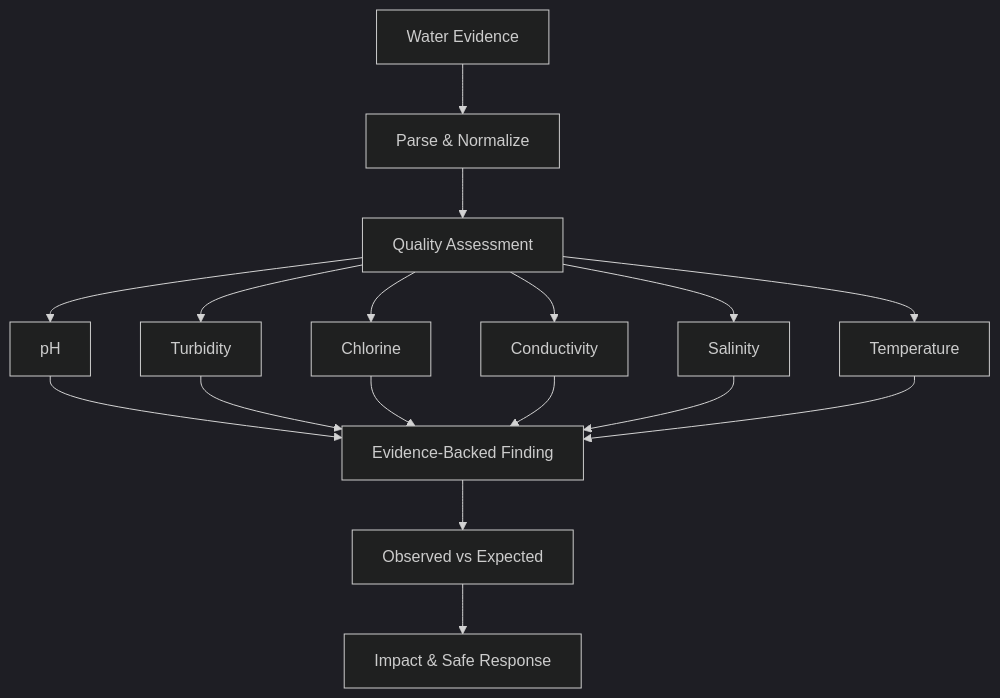
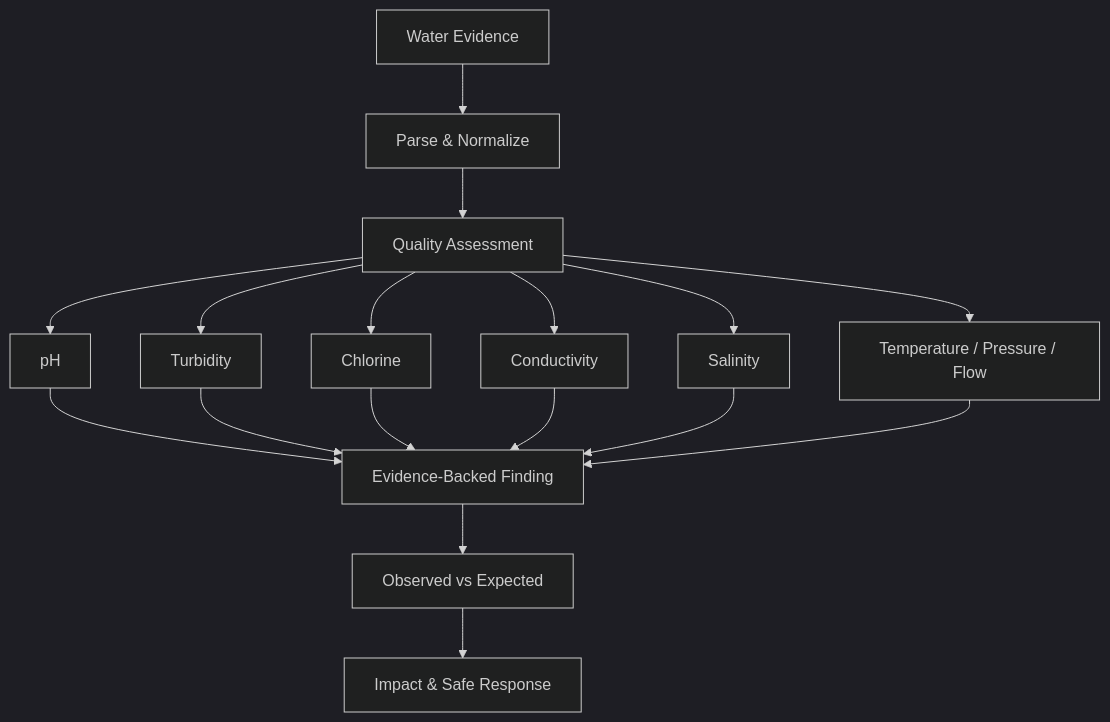
Before and after one commit to HaziqBinAfzal/AquaVigil: the fourth of 8 diagrams in README.md, drawn with Mermaid (dark theme). The commit also changed other lines of this file, not shown here.

````diff
--- a/README.md
+++ b/README.md
@@ -332,37 +276,22 @@
 ```mermaid
 flowchart TB
-    INPUT["Water Evidence"]
-    NORMALIZE["Parse & Normalize"]
-    ASSESS["Quality Assessment"]
+    A["Water Evidence"] --> B["Parse & Normalize"]
+    B --> C["Quality Assessment"]
 
-    PH["pH"]
-    TURB["Turbidity"]
-    CHLORINE["Chlorine"]
-    COND["Conductivity"]
-    SALINITY["Salinity"]
-    TEMP["Temperature"]
+    C --> D["pH"]
+    C --> E["Turbidity"]
+    C --> F["Chlorine"]
+    C --> G["Conductivity"]
+    C --> H["Salinity"]
+    C --> I["Temperature / Pressure / Flow"]
 
-    FINDING["Evidence-Backed Finding"]
-    EXPECTED["Observed vs Expected"]
-    RESPONSE["Impact & Safe Response"]
+    D --> J["Evidence-Backed Finding"]
+    E --> J
+    F --> J
+    G --> J
+    H --> J
+    I --> J
 
-    INPUT --> NORMALIZE
-    NORMALIZE --> ASSESS
-
-    ASSESS --> PH
-    ASSESS --> TURB
-    ASSESS --> CHLORINE
-    ASSESS --> COND
-    ASSESS --> SALINITY
-    ASSESS --> TEMP
-
-    PH --> FINDING
-    TURB --> FINDING
-    CHLORINE --> FINDING
-    COND --> FINDING
-    SALINITY --> FINDING
-    TEMP --> FINDING
-
-    FINDING --> EXPECTED
-    EXPECTED --> RESPONSE
+    J --> K["Observed vs Expected"]
+    K --> L["Impact & Safe Response"]
 ```
````
